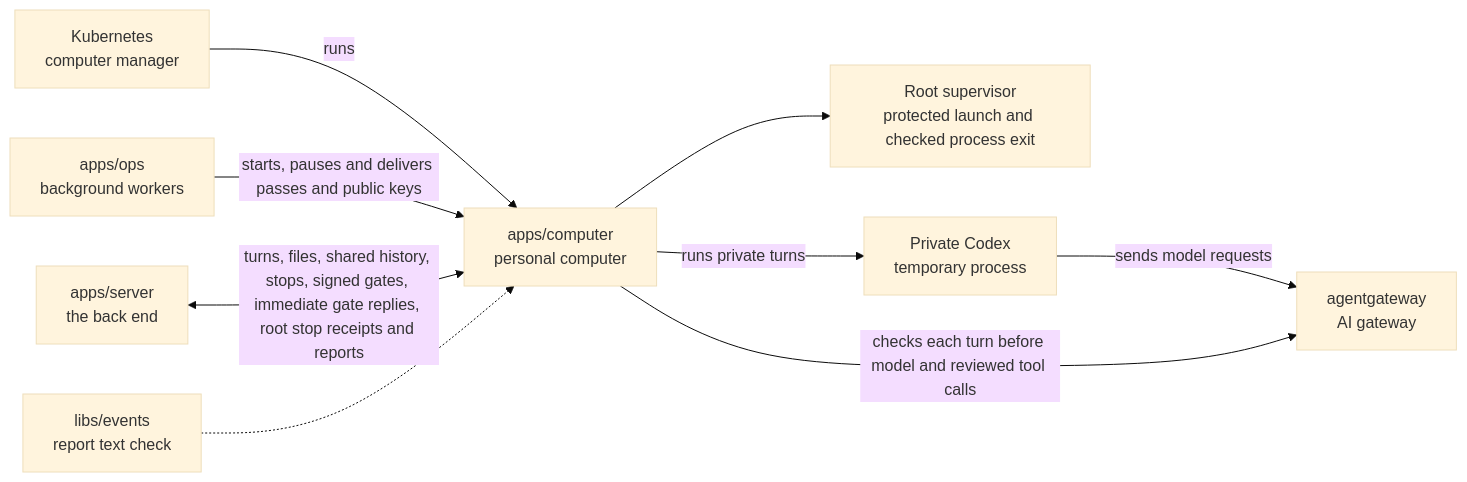
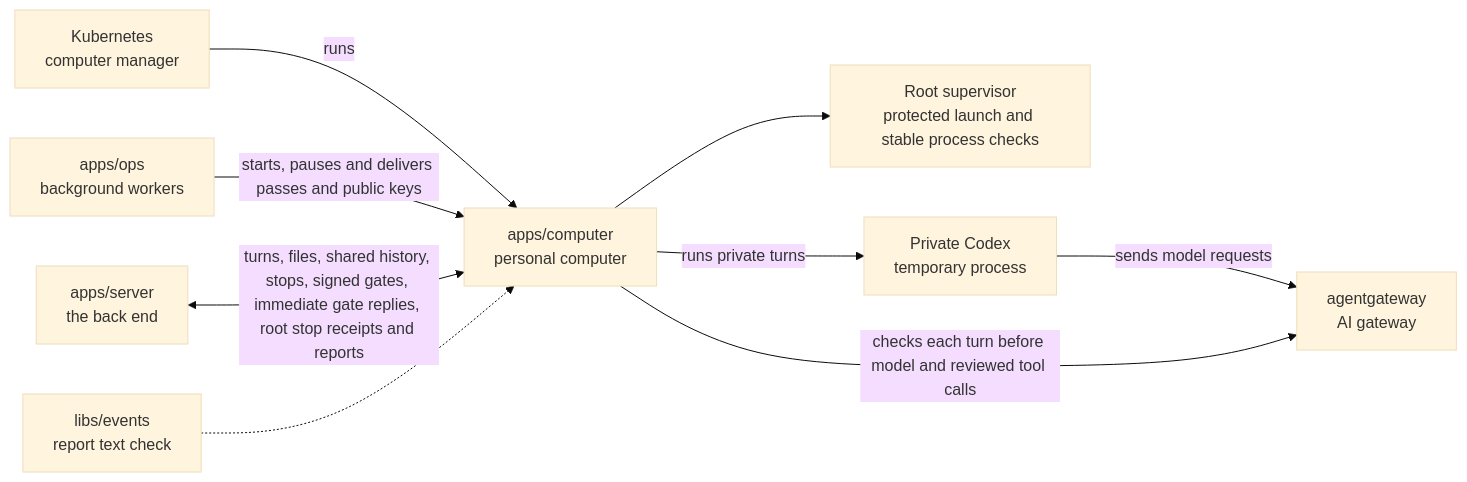
One commit to elewa-git/opencrane-new changed the diagram in apps/computer/README.md. Above: the diagram before and after it, drawn with Mermaid (base theme). The commit also changed other lines of this file and 5 other files, not shown here.

````diff
--- a/apps/computer/README.md
+++ b/apps/computer/README.md
@@ -22,11 +22,11 @@
 ```mermaid
 flowchart LR
   kube["Kubernetes<br/>computer manager"] -->|runs| computer["apps/computer<br/>personal computer"]
   ops["apps/ops<br/>background workers"] -->|starts, pauses and delivers passes and public keys| computer
   server["apps/server<br/>the back end"] <-->|turns, files, shared history, stops, signed gates, immediate gate replies, root stop receipts and reports| computer
   events["libs/events<br/>report text check"] -.-> computer
-  computer --> supervisor["Root supervisor<br/>protected launch and checked process exit"]
+  computer --> supervisor["Root supervisor<br/>protected launch and stable process checks"]
   computer -->|runs private turns| private["Private Codex<br/>temporary process"]
   private -->|sends model requests| gateway
   computer -->|checks each turn before model and reviewed tool calls| gateway["agentgateway<br/>AI gateway"]
 ```
````
